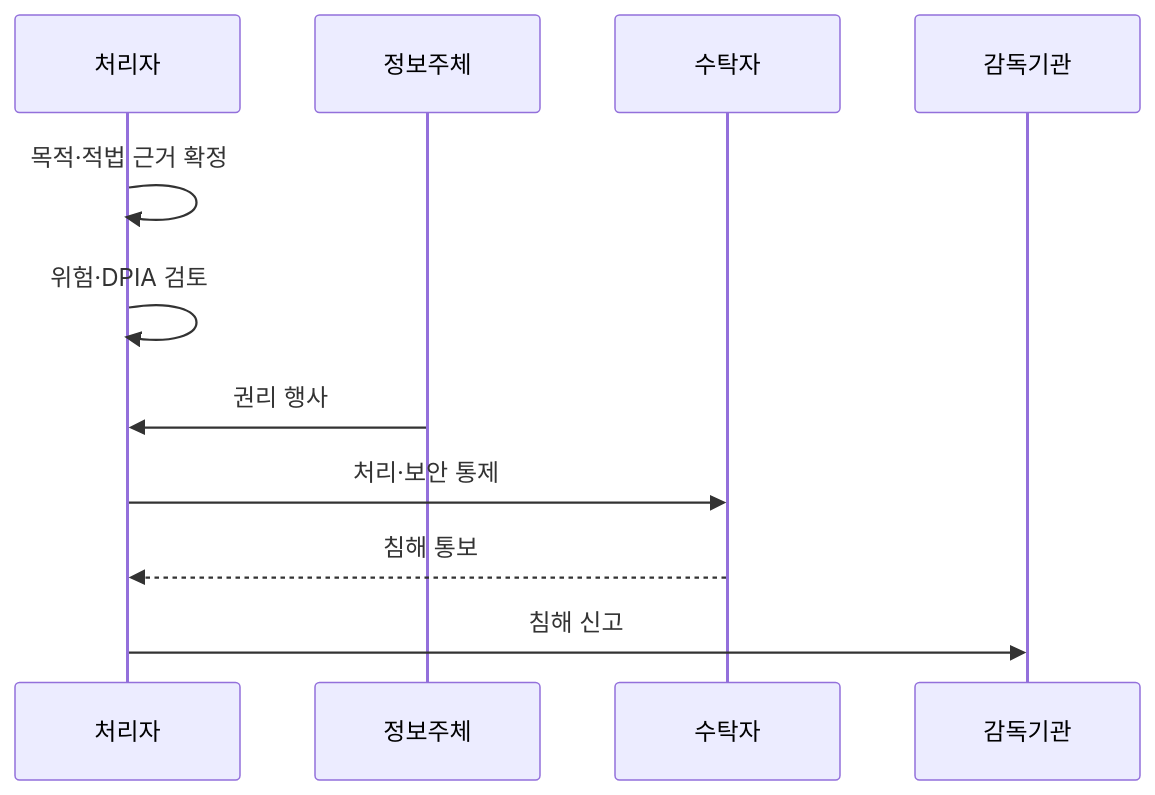
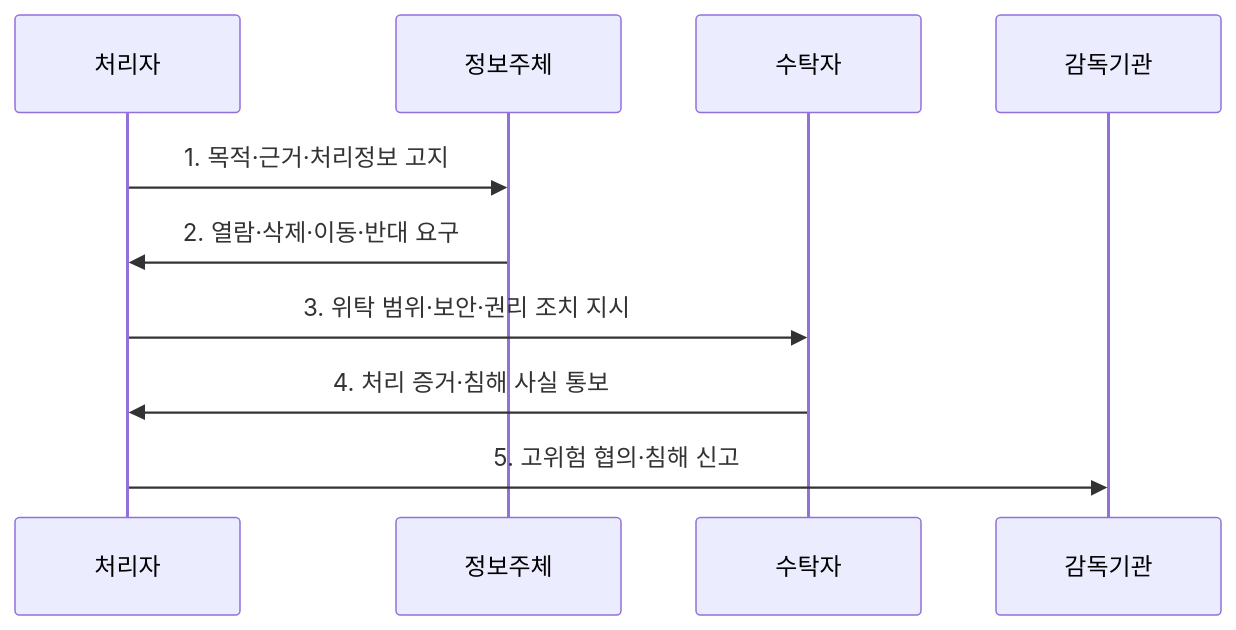
The second of 2 diagrams in src/content/docs/notes/07-law-policy/032_gdpr.md (agnusdei1207/knowledge-base), drawn with Mermaid before and after one commit. The commit also changed other lines of this file and 9 other files, not shown here.

````diff
--- a/src/content/docs/notes/07-law-policy/032_gdpr.md
+++ b/src/content/docs/notes/07-law-policy/032_gdpr.md
@@ -84,13 +83,12 @@
 ```mermaid
 sequenceDiagram
     participant C as 처리자
     participant D as 정보주체
     participant P as 수탁자
     participant A as 감독기관
-    C->>C: 목적·적법 근거 확정
-    C->>C: 위험·DPIA 검토
-    D->>C: 권리 행사
-    C->>P: 처리·보안 통제
-    P-->>C: 침해 통보
-    C->>A: 침해 신고
+    C->>D: 1. 목적·근거·처리정보 고지
+    D->>C: 2. 열람·삭제·이동·반대 요구
+    C->>P: 3. 위탁 범위·보안·권리 조치 지시
+    P->>C: 4. 처리 증거·침해 사실 통보
+    C->>A: 5. 고위험 협의·침해 신고
 ```
````
